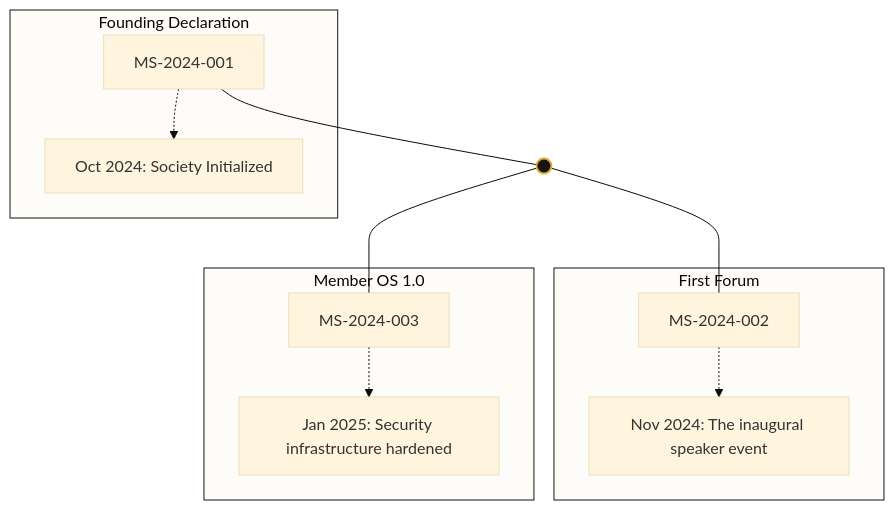
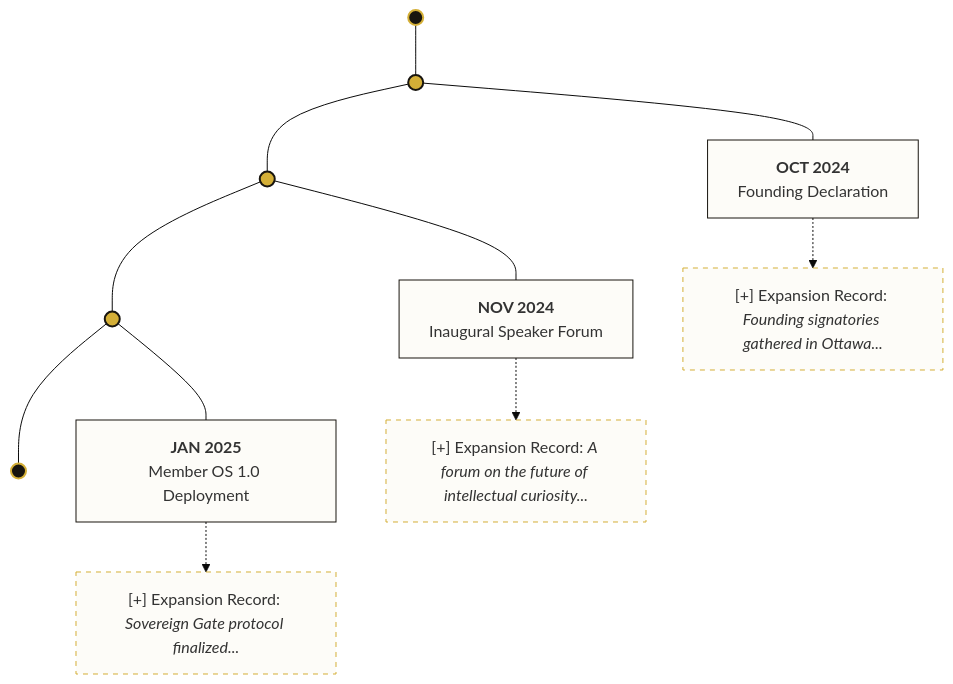
Before and after one commit to TharrosDev-ORG/Meridian-Website: the diagram in README.md, drawn with Mermaid (base theme).

Commit message:
docs: refine The Ledger visual sketch with vertical spine and expandable details

````diff
--- a/README.md
+++ b/README.md
@@ -186,23 +186,33 @@
       ```mermaid
       graph TD
-        A[MS-2024-001] --- Spine(( ))
-        Spine --- B[MS-2024-002]
-        Spine --- C[MS-2024-003]
+        %% The Central Spine
+        SpineStart(( )) --- P1(( ))
+        P1 --- P2(( ))
+        P2 --- P3(( ))
+        P3 --- SpineEnd(( ))
+
+        %% Milestone Connections
+        P1 --- M1["<b>OCT 2024</b><br/>Founding Declaration"]
+        P2 --- M2["<b>NOV 2024</b><br/>Inaugural Speaker Forum"]
+        P3 --- M3["<b>JAN 2025</b><br/>Member OS 1.0 Deployment"]
+
+        %% Expansion Mockups
+        M1 -.-> D1["[+] Expansion Record: <i>Founding signatories gathered in Ottawa...</i>"]
+        M2 -.-> D2["[+] Expansion Record: <i>A forum on the future of intellectual curiosity...</i>"]
+        M3 -.-> D3["[+] Expansion Record: <i>Sovereign Gate protocol finalized...</i>"]
+
+        %% Institutional Styling
+        style SpineStart fill:#18150F,stroke:#D4AF37,stroke-width:2px
+        style SpineEnd fill:#18150F,stroke:#D4AF37,stroke-width:2px
+        style P1 fill:#D4AF37,stroke:#18150F,stroke-width:2px
+        style P2 fill:#D4AF37,stroke:#18150F,stroke-width:2px
+        style P3 fill:#D4AF37,stroke:#18150F,stroke-width:2px
         
-        subgraph Milestone_01 [Founding Declaration]
-          A -.-> A1[Oct 2024: Society Initialized]
-        end
+        style M1 fill:#FDFCF8,stroke:#18150F,stroke-width:1px
+        style M2 fill:#FDFCF8,stroke:#18150F,stroke-width:1px
+        style M3 fill:#FDFCF8,stroke:#18150F,stroke-width:1px
         
-        subgraph Milestone_02 [First Forum]
-          B -.-> B1[Nov 2024: The inaugural speaker event]
-        end
-        
-        subgraph Milestone_03 [Member OS 1.0]
-          C -.-> C1[Jan 2025: Security infrastructure hardened]
-        end
-
-        style Spine fill:#18150F,stroke:#D4AF37,stroke-width:2px
-        style Milestone_01 fill:#FDFCF8,stroke:#18150F
-        style Milestone_02 fill:#FDFCF8,stroke:#18150F
-        style Milestone_03 fill:#FDFCF8,stroke:#18150F
+        style D1 fill:#FDFCF8,stroke:#D4AF37,stroke-dasharray: 5 5
+        style D2 fill:#FDFCF8,stroke:#D4AF37,stroke-dasharray: 5 5
+        style D3 fill:#FDFCF8,stroke:#D4AF37,stroke-dasharray: 5 5
       ```
````
